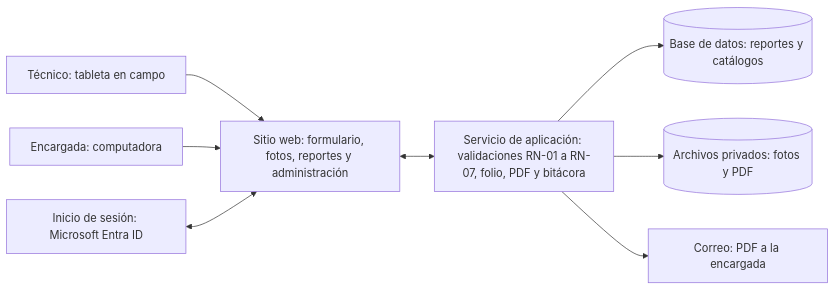
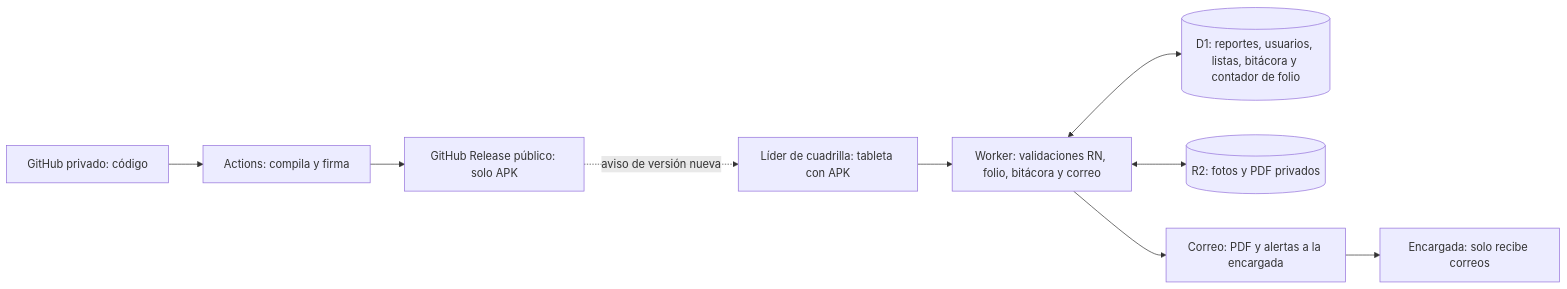
One commit to hgarcia170697/Ordenes-de-maxima-demanda changed the second of 2 diagrams in README.md. Above: the diagram before and after it, drawn with Mermaid. The commit also changed other lines of this file, not shown here.

First line of the commit message:
Actualizar requerimientos a versión 1.1 (borrador)

````diff
--- a/README.md
+++ b/README.md
@@ -203,10 +236,11 @@
 ```mermaid
 flowchart LR
-    T[Técnico: tableta en campo] --> W[Sitio web: formulario, fotos, reportes y administración]
-    E[Encargada: computadora] --> W
-    M[Inicio de sesión: Microsoft Entra ID] <--> W
-    W <--> A[Servicio de aplicación: validaciones RN-01 a RN-07, folio, PDF y bitácora]
-    A --> D[(Base de datos: reportes y catálogos)]
-    A --> F[(Archivos privados: fotos y PDF)]
-    A --> C[Correo: PDF a la encargada]
+    L[Líder de cuadrilla: tableta con APK] --> W[Worker: validaciones RN, folio, bitácora y correo]
+    W <--> D[(D1: reportes, usuarios, listas, bitácora y contador de folio)]
+    W <--> R[(R2: fotos y PDF privados)]
+    W --> C[Correo: PDF y alertas a la encargada]
+    C --> H[Encargada: solo recibe correos]
+    G[GitHub privado: código] --> X[Actions: compila y firma]
+    X --> P[GitHub Release público: solo APK]
+    P -. aviso de versión nueva .-> L
 ```
````
